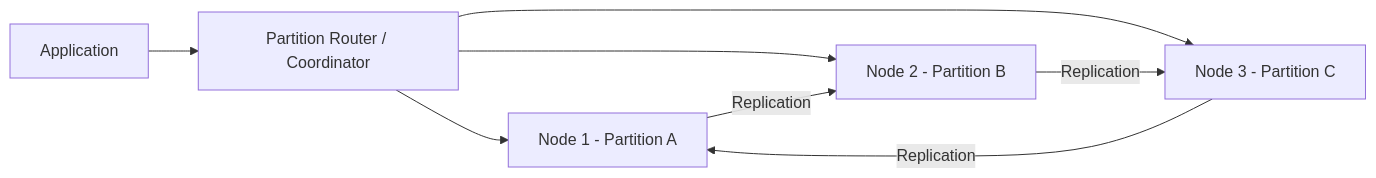
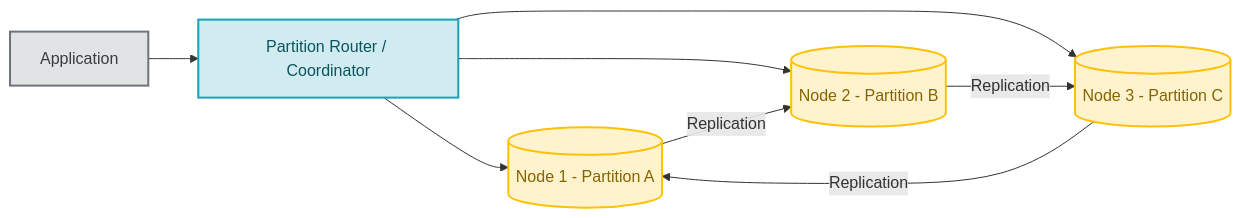
Before and after one commit to akshay-k-r/Interview-Prep-Resource: the second of 2 diagrams in src/pages/02-hld/databases/nosql/index.mdx, drawn with Mermaid. The commit also changed other lines of this file and 29 other files, not shown here.

````diff
--- a/src/pages/02-hld/databases/nosql/index.mdx
+++ b/src/pages/02-hld/databases/nosql/index.mdx
@@ -70,13 +81,22 @@
 ```mermaid
 flowchart LR
     Client["Application"]
     Client --> Router["Partition Router / Coordinator"]
 
-    Router --> N1["Node 1 - Partition A"]
-    Router --> N2["Node 2 - Partition B"]
-    Router --> N3["Node 3 - Partition C"]
+    Router --> N1[("Node 1 - Partition A")]
+    Router --> N2[("Node 2 - Partition B")]
+    Router --> N3[("Node 3 - Partition C")]
 
     N1 -->|Replication| N2
     N2 -->|Replication| N3
     N3 -->|Replication| N1
+
+    %% Styles
+    classDef client fill:#e2e3e5,stroke:#6c757d,stroke-width:2px,color:#383d41;
+    classDef router fill:#d1ecf1,stroke:#17a2b8,stroke-width:2px,color:#0c5460;
+    classDef node fill:#fff3cd,stroke:#ffc107,stroke-width:2px,color:#856404;
+
+    class Client client;
+    class Router router;
+    class N1,N2,N3 node;
 ```
````
